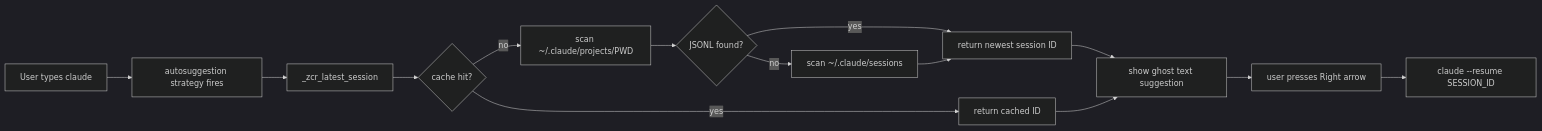
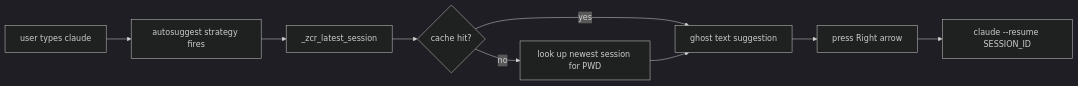
Before and after one commit to cuongtranba/trancuong.me: the first of 2 diagrams in src/content/posts/zsh-claude-resume.md, drawn with Mermaid (dark theme). The commit also changed other lines of this file and 3 other files, not shown here.

````diff
--- a/src/content/posts/zsh-claude-resume.md
+++ b/src/content/posts/zsh-claude-resume.md
@@ -26,16 +16,11 @@
 ```mermaid
 flowchart LR
-  A[User types claude] --> B[autosuggestion strategy fires]
+  A[user types claude] --> B[autosuggest strategy fires]
   B --> C[_zcr_latest_session]
   C --> D{cache hit?}
-  D -- yes --> E[return cached ID]
-  D -- no --> F[scan ~/.claude/projects/PWD]
-  F --> G{JSONL found?}
-  G -- yes --> H[return newest session ID]
-  G -- no --> I[scan ~/.claude/sessions]
-  I --> H
-  H --> J[show ghost text suggestion]
-  E --> J
-  J --> K[user presses Right arrow]
-  K --> L[claude --resume SESSION_ID]
+  D -- yes --> G[ghost text suggestion]
+  D -- no --> E[look up newest session for PWD]
+  E --> G
+  G --> H[press Right arrow]
+  H --> I[claude --resume SESSION_ID]
 ```
````
